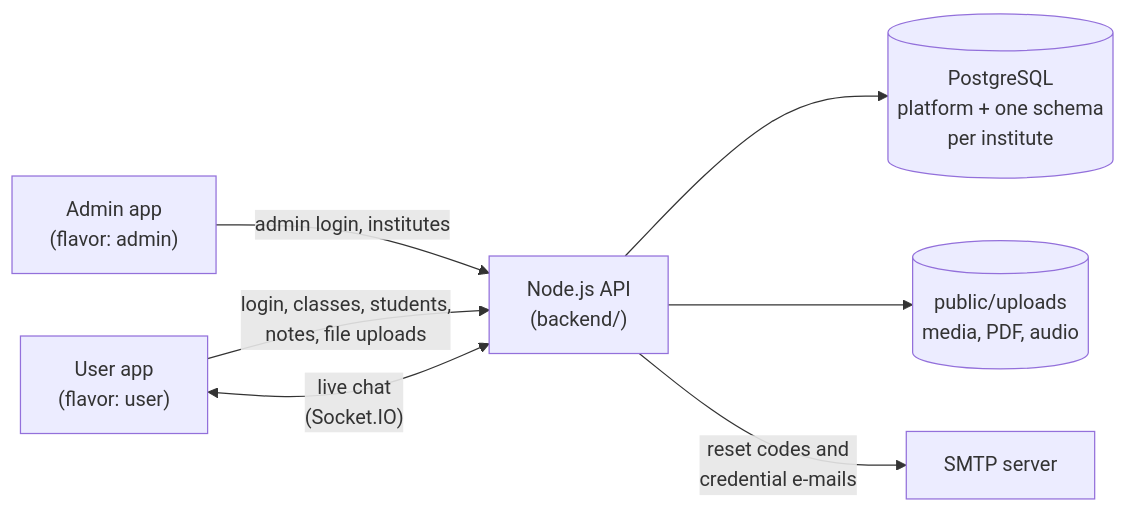
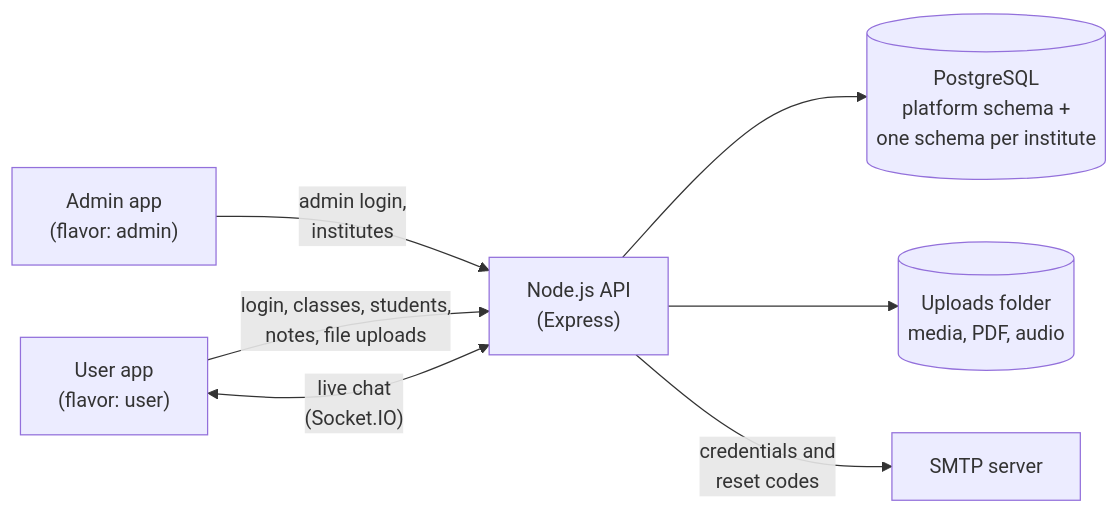
The diagram in README.md (rks369/e-vidyalaya), drawn with Mermaid before and after one commit. The commit also changed other lines of this file and 15 other files, not shown here.

````diff
--- a/README.md
+++ b/README.md
@@ -69,9 +354,9 @@
 ```mermaid
 flowchart LR
-    AdminApp["Admin app<br/>(flavor: admin)"] -->|"admin login, institutes"| API["Node.js API<br/>(backend/)"]
+    AdminApp["Admin app<br/>(flavor: admin)"] -->|"admin login,<br/>institutes"| API["Node.js API<br/>(Express)"]
     UserApp["User app<br/>(flavor: user)"] -->|"login, classes, students,<br/>notes, file uploads"| API
     UserApp <-->|"live chat<br/>(Socket.IO)"| API
-    API --> PG[("PostgreSQL<br/>platform + one schema<br/>per institute")]
-    API --> Files[("public/uploads<br/>media, PDF, audio")]
-    API -->|"reset codes and<br/>credential e-mails"| Mail[SMTP server]
+    API --> PG[("PostgreSQL<br/>platform schema +<br/>one schema per institute")]
+    API --> Files[("Uploads folder<br/>media, PDF, audio")]
+    API -->|"credentials and<br/>reset codes"| Mail["SMTP server"]
 ```
````
